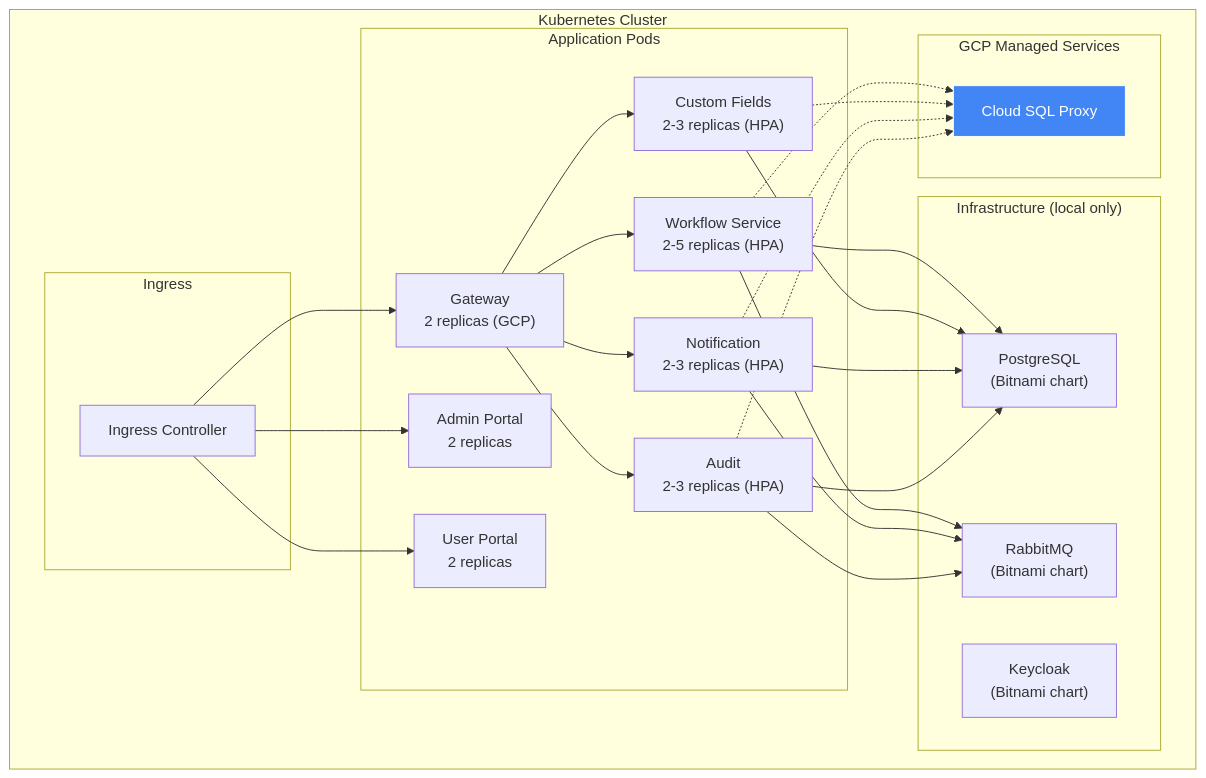
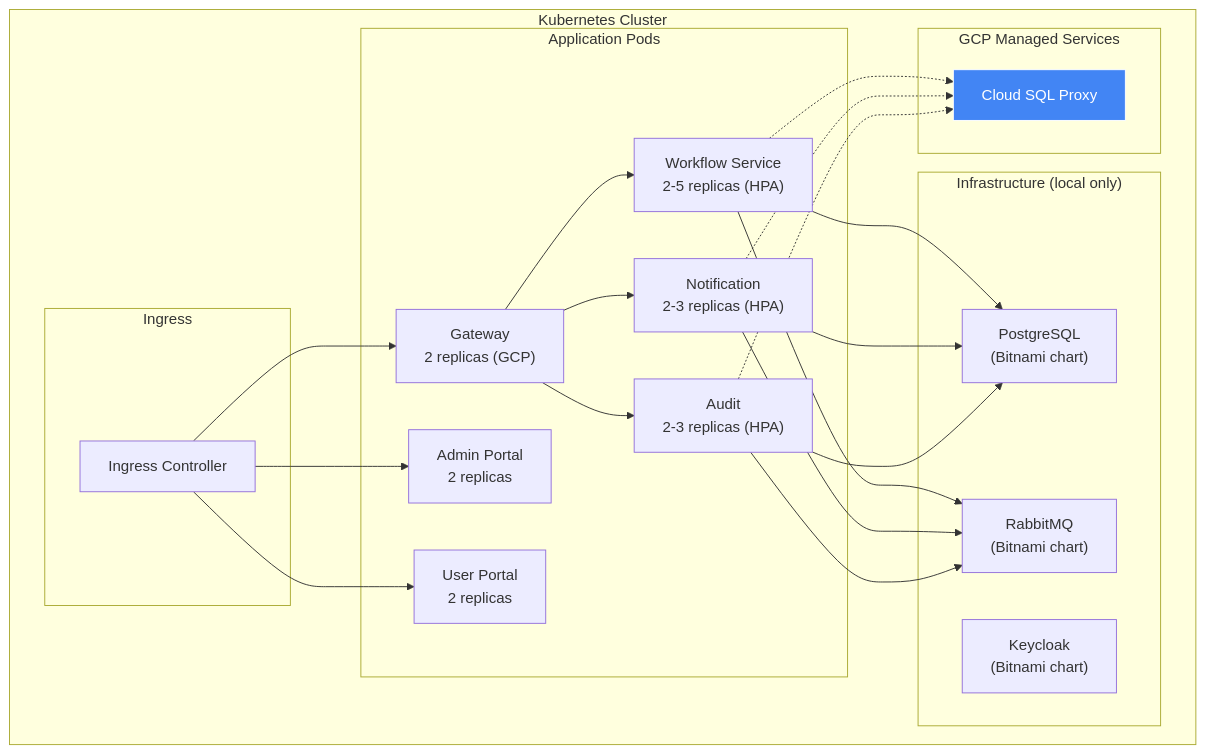
Before and after one commit to mszalus/workflow-platform: the sixth of 6 diagrams in docs/architecture/c4-deployment.md, drawn with Mermaid. The commit also changed other lines of this file and 55 other files, not shown here.

First line of the commit message:
feat(workflow): fold custom-fields-service into workflow-service

````diff
--- a/docs/architecture/c4-deployment.md
+++ b/docs/architecture/c4-deployment.md
@@ -173,38 +167,37 @@
 ```mermaid
 flowchart TD
     subgraph "Kubernetes Cluster"
         subgraph "Ingress"
             ING["Ingress Controller"]
         end
 
         subgraph "Application Pods"
             GW["Gateway<br/>2 replicas (GCP)"]
             WF["Workflow Service<br/>2-5 replicas (HPA)"]
-            CF["Custom Fields<br/>2-3 replicas (HPA)"]
             NS["Notification<br/>2-3 replicas (HPA)"]
             AS["Audit<br/>2-3 replicas (HPA)"]
             AP["Admin Portal<br/>2 replicas"]
             UP["User Portal<br/>2 replicas"]
         end
 
         subgraph "Infrastructure (local only)"
             PG["PostgreSQL<br/>(Bitnami chart)"]
             RMQ["RabbitMQ<br/>(Bitnami chart)"]
             KC["Keycloak<br/>(Bitnami chart)"]
         end
 
         subgraph "GCP Managed Services"
             CSQL["Cloud SQL Proxy"]
         end
     end
 
     ING --> GW
     ING --> AP
     ING --> UP
-    GW --> WF & CF & NS & AS
-    WF & CF & NS & AS --> PG
+    GW --> WF & NS & AS
+    WF & NS & AS --> PG
     WF & NS & AS --> RMQ
-    WF & CF & NS & AS -.-> CSQL
+    WF & NS & AS -.-> CSQL
 
     style CSQL fill:#4285f4,stroke:#fff,color:#fff
 ```
````
